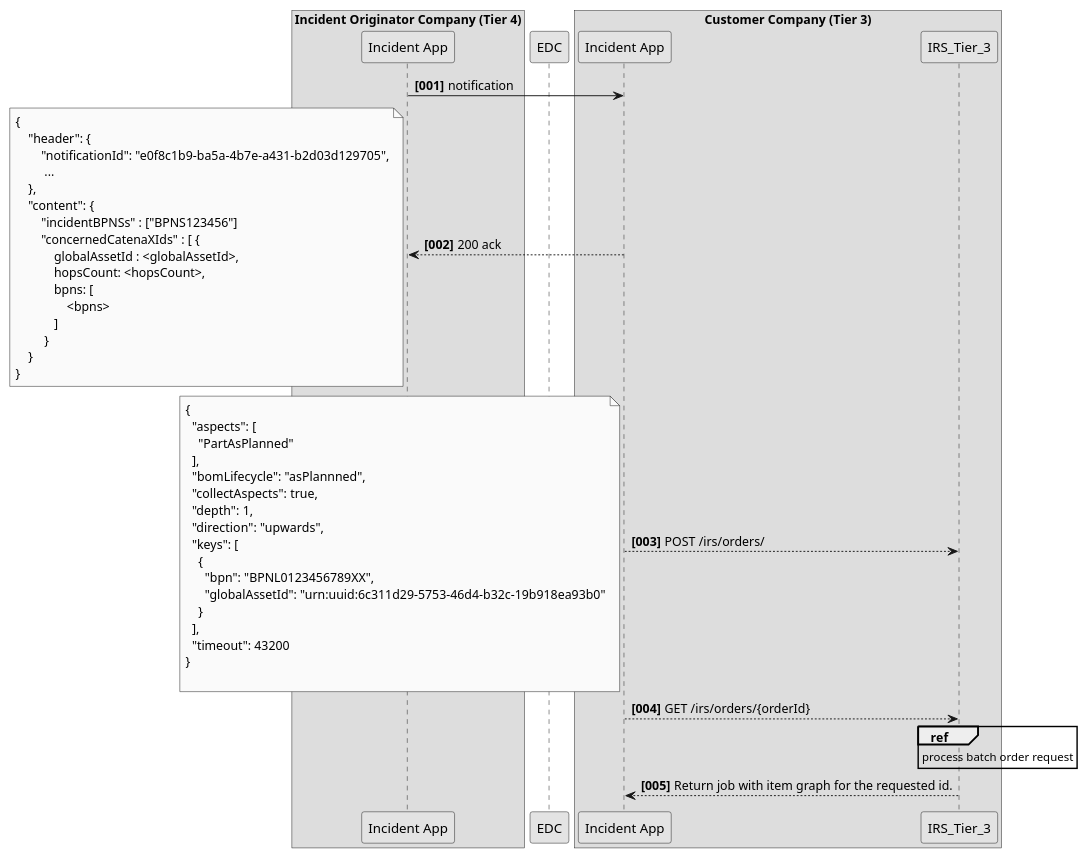
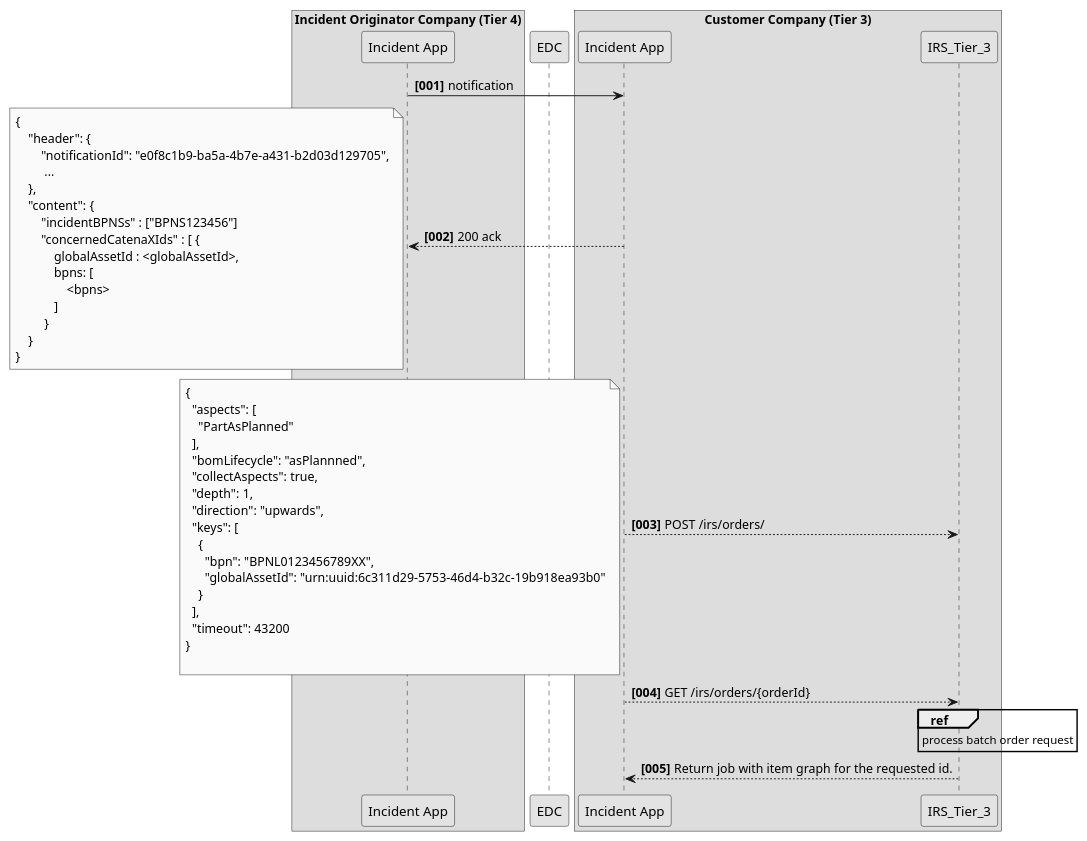
One commit to eclipse-tractusx/item-relationship-service changed the diagram in docs/src/uml-diagrams/irs-recursive/ess-bottom-up/sequence/ess-bottom-up-sequence-customer-highlevel.puml. Above: the diagram before and after it, drawn with PlantUML. The commit also changed 2 other files, not shown here.

Commit message:
fix(diagram):[TRI-1715] Remove hops count as not needed

```diff
--- a/docs/src/uml-diagrams/irs-recursive/ess-bottom-up/sequence/ess-bottom-up-sequence-customer-highlevel.puml
+++ b/docs/src/uml-diagrams/irs-recursive/ess-bottom-up/sequence/ess-bottom-up-sequence-customer-highlevel.puml
@@ -1,67 +1,66 @@
 @startuml
 skinparam monochrome true
 skinparam shadowing false
 skinparam defaultFontName "Architects daughter"
 
 autonumber "<b>[000]"
 
 box Incident Originator Company (Tier 4)
     participant "Incident App" as BusinessApp_Tier_4
 end box
 
 participant EDC
 
 box Customer Company (Tier 3)
 participant "Incident App" as BusinessApp_Tier_3
 
 
 BusinessApp_Tier_4 -> BusinessApp_Tier_3 : notification
 BusinessApp_Tier_4 <-- BusinessApp_Tier_3 : 200 ack
 note left
 {
     "header": {
         "notificationId": "e0f8c1b9-ba5a-4b7e-a431-b2d03d129705",
          ...
     },
     "content": {
         "incidentBPNSs" : ["BPNS123456"]
         "concernedCatenaXIds" : [ {
             globalAssetId : <globalAssetId>,
-            hopsCount: <hopsCount>,
             bpns: [
                 <bpns>
             ]
          }
     }
 }
 end note
 
     BusinessApp_Tier_3 --> IRS_Tier_3 :  POST /irs/orders/
     note left
         {
           "aspects": [
             "PartAsPlanned"
           ],
           "bomLifecycle": "asPlannned",
           "collectAspects": true,
           "depth": 1,
           "direction": "upwards",
           "keys": [
             {
               "bpn": "BPNL0123456789XX",
               "globalAssetId": "urn:uuid:6c311d29-5753-46d4-b32c-19b918ea93b0"
             }
           ],
           "timeout": 43200
         }
 
     end note
     BusinessApp_Tier_3 --> IRS_Tier_3 :  GET /irs/orders/{orderId}
     ref over IRS_Tier_3
         process batch order request
     end ref
     BusinessApp_Tier_3 <-- IRS_Tier_3 : Return job with item graph for the requested id.
 
 
 
 @enduml
```
